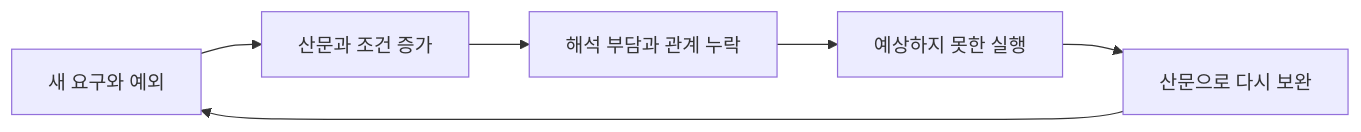
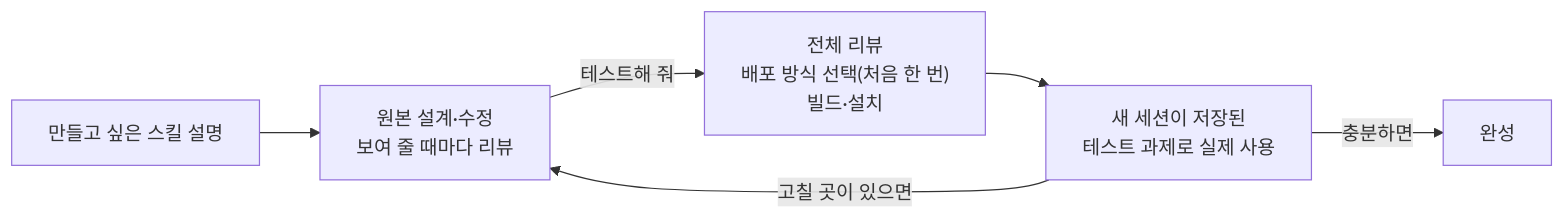
One commit to nanomia-ai/skill-rails changed the diagram in README.ko.md. Above: the diagram before and after it, drawn with Mermaid. The commit also changed other lines of this file and 1 other file, not shown here.

````diff
--- a/README.ko.md
+++ b/README.ko.md
@@ -25,8 +179,8 @@
 ```mermaid
 flowchart LR
-    A["새 요구와 예외"] --> B["산문과 조건 증가"]
-    B --> C["해석 부담과 관계 누락"]
-    C --> D["예상하지 못한 실행"]
-    D --> E["산문으로 다시 보완"]
-    E --> A
+    A["만들고 싶은 스킬 설명"] --> B["원본 설계·수정<br/>보여 줄 때마다 리뷰"]
+    B -->|"테스트해 줘"| C["전체 리뷰<br/>배포 방식 선택(처음 한 번)<br/>빌드·설치"]
+    C --> D["새 세션이 저장된<br/>테스트 과제로 실제 사용"]
+    D -->|"고칠 곳이 있으면"| B
+    D -->|"충분하면"| E["완성"]
 ```
````
